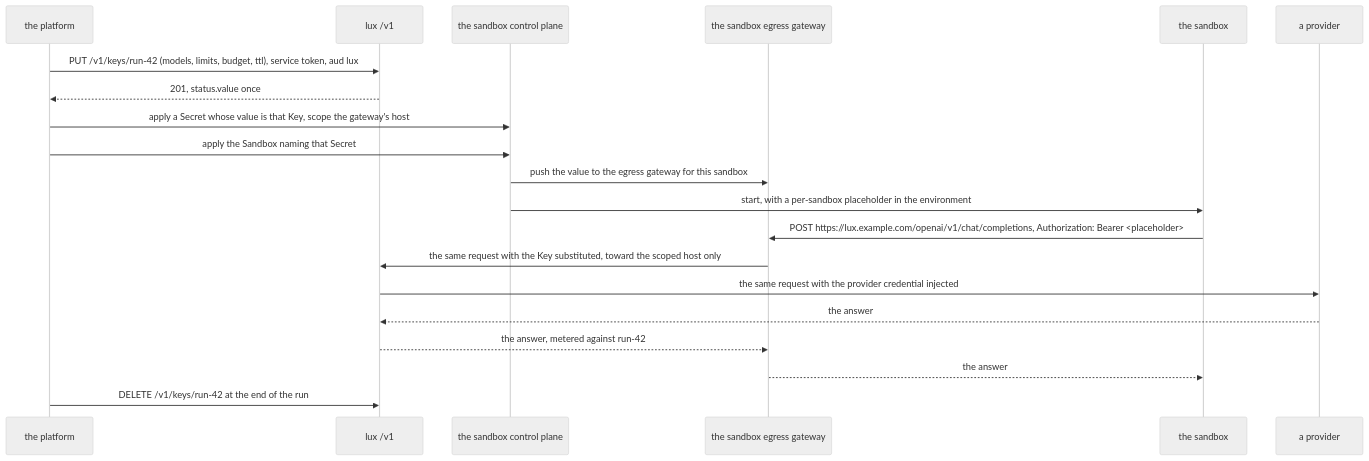
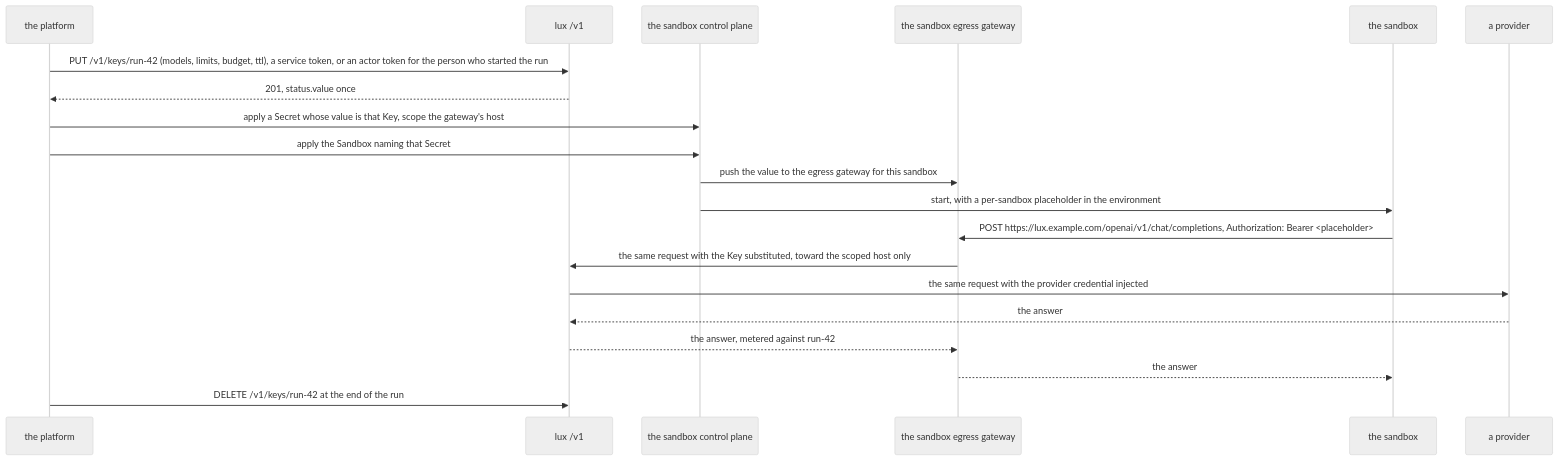
One commit to latere-ai/lux changed the diagram in specs/020-building-a-plane.md. Above: the diagram before and after it, drawn with Mermaid (neutral theme). The commit also changed other lines of this file and 2 other files, not shown here.

````diff
--- a/specs/020-building-a-plane.md
+++ b/specs/020-building-a-plane.md
@@ -136,22 +155,22 @@
 ```mermaid
 sequenceDiagram
   participant P as the platform
   participant L as lux /v1
   participant C as the sandbox control plane
   participant E as the sandbox egress gateway
   participant S as the sandbox
   participant U as a provider
-  P->>L: PUT /v1/keys/run-42 (models, limits, budget, ttl), service token, aud lux
+  P->>L: PUT /v1/keys/run-42 (models, limits, budget, ttl), a service token, or an actor token for the person who started the run
   L-->>P: 201, status.value once
   P->>C: apply a Secret whose value is that Key, scope the gateway's host
   P->>C: apply the Sandbox naming that Secret
   C->>E: push the value to the egress gateway for this sandbox
   C->>S: start, with a per-sandbox placeholder in the environment
   S->>E: POST https://lux.example.com/openai/v1/chat/completions, Authorization: Bearer <placeholder>
   E->>L: the same request with the Key substituted, toward the scoped host only
   L->>U: the same request with the provider credential injected
   U-->>L: the answer
   L-->>E: the answer, metered against run-42
   E-->>S: the answer
   P->>L: DELETE /v1/keys/run-42 at the end of the run
 ```
````
